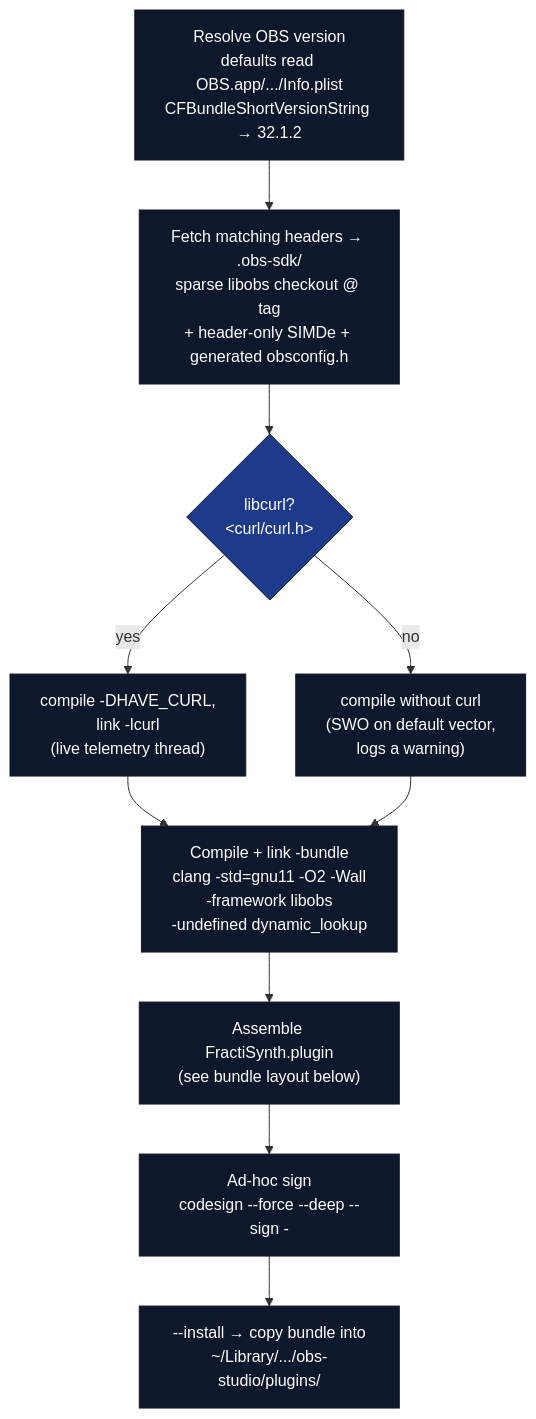
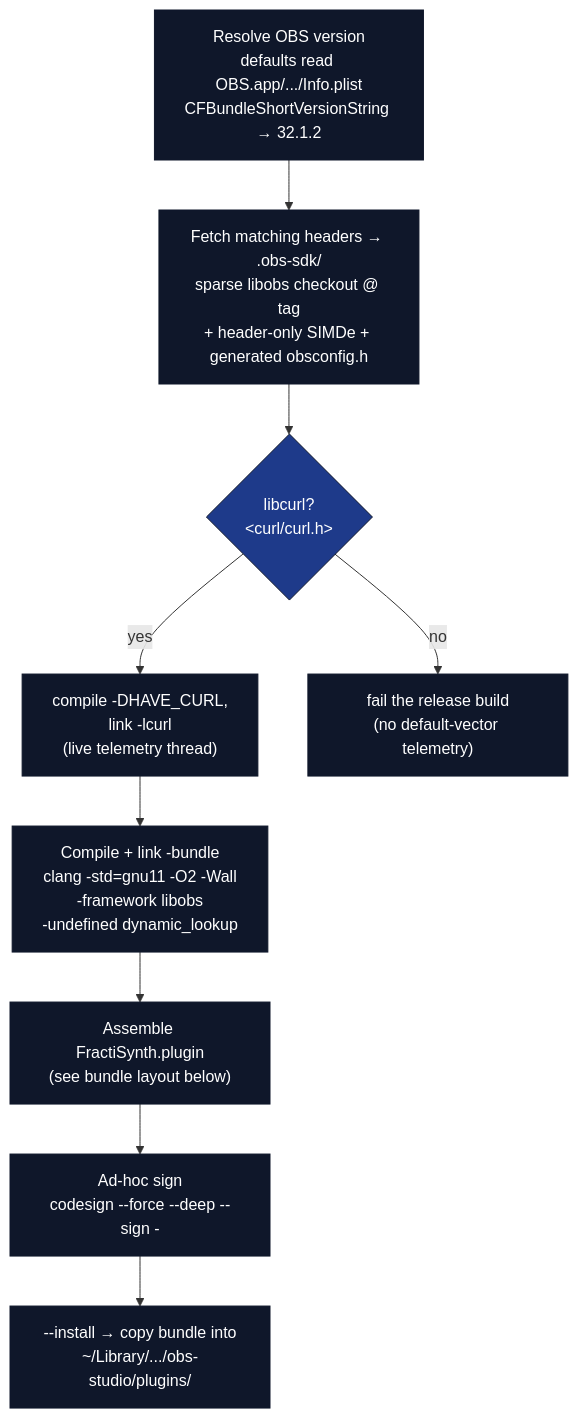
The diagram in docs/build-and-install.md (docxology/SynthOBS), drawn with Mermaid before and after one commit. The commit also changed other lines of this file and 90 other files, not shown here.

````diff
--- a/docs/build-and-install.md
+++ b/docs/build-and-install.md
@@ -23,22 +46,22 @@
 ```mermaid
 flowchart TD
     A["Resolve OBS version<br/>defaults read OBS.app/.../Info.plist<br/>CFBundleShortVersionString → 32.1.2"]
     B["Fetch matching headers → .obs-sdk/<br/>sparse libobs checkout @ tag<br/>+ header-only SIMDe + generated obsconfig.h"]
     C{"libcurl?<br/>&lt;curl/curl.h&gt;"}
     D["compile -DHAVE_CURL,<br/>link -lcurl<br/>(live telemetry thread)"]
-    E["compile without curl<br/>(SWO on default vector,<br/>logs a warning)"]
+    E["fail the release build<br/>(no default-vector telemetry)"]
     F["Compile + link -bundle<br/>clang -std=gnu11 -O2 -Wall<br/>-framework libobs<br/>-undefined dynamic_lookup"]
     G["Assemble FractiSynth.plugin<br/>(see bundle layout below)"]
     H["Ad-hoc sign<br/>codesign --force --deep --sign -"]
     I["--install → copy bundle into<br/>~/Library/.../obs-studio/plugins/"]
 
     A --> B --> C
     C -- yes --> D --> F
-    C -- no --> E --> F
+    C -- no --> E
     F --> G --> H --> I
 
     classDef d fill:#0f172a,stroke:#0f172a,color:#fff
     classDef q fill:#1e3a8a,stroke:#0f172a,color:#fff
     class A,B,D,E,F,G,H,I d
     class C q
 ```
````
